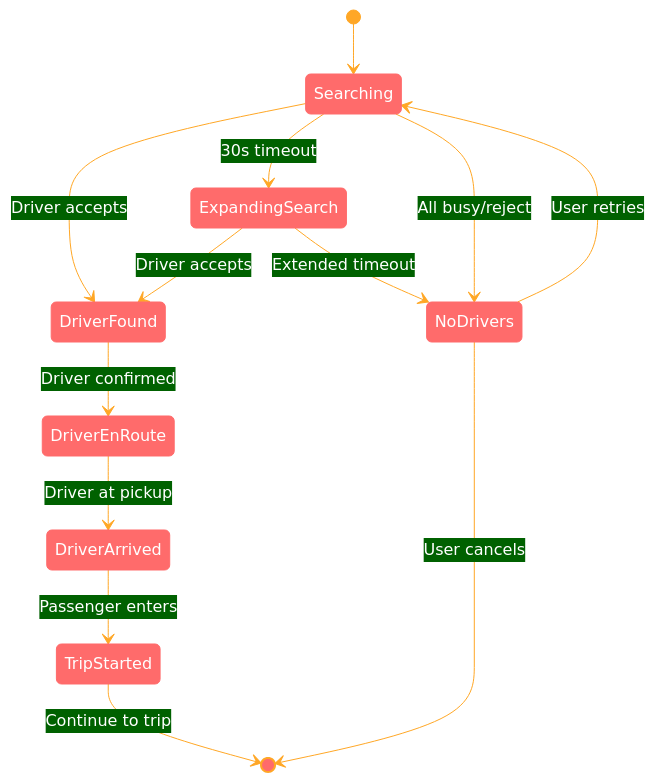
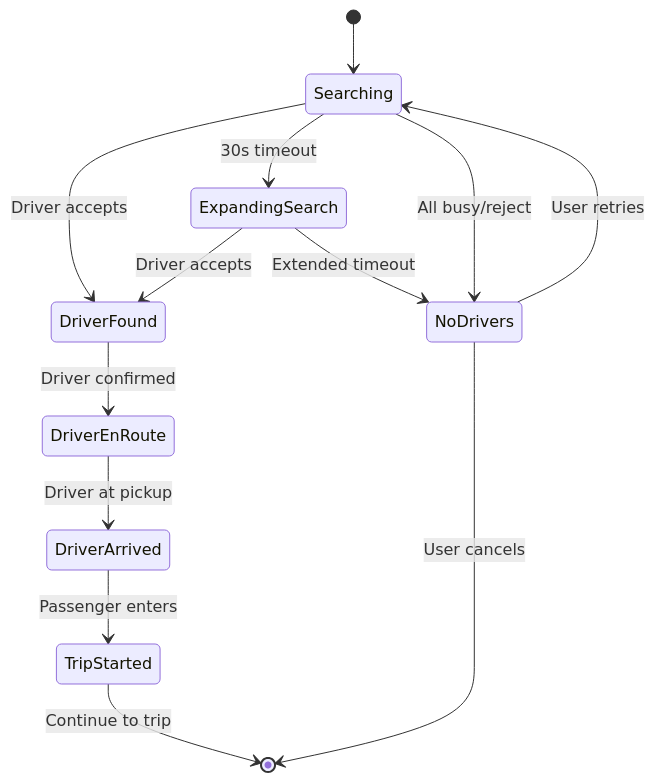
Before and after one commit to abdoElHodaky/transportapp: the eighth of 19 diagrams in docs/user-journeys/passenger-flow.md, drawn with Mermaid. The commit also changed other lines of this file and 9 other files, not shown here.

````diff
--- a/docs/user-journeys/passenger-flow.md
+++ b/docs/user-journeys/passenger-flow.md
@@ -279,20 +488,45 @@
 ```mermaid
-%%{init: {'theme':'base', 'themeVariables': {'primaryColor':'#ff6b6b','primaryTextColor':'#fff','primaryBorderColor':'#ff6b6b','lineColor':'#ffa726','sectionBkgColor':'#ff6b6b','altSectionBkgColor':'#fff','gridColor':'#fff','secondaryColor':'#006100','tertiaryColor':'#fff'}}}%%
 stateDiagram-v2
     [*] --> Searching
     Searching --> DriverFound : Driver accepts
     Searching --> ExpandingSearch : 30s timeout
     Searching --> NoDrivers : All busy/reject
     
     DriverFound --> DriverEnRoute : Driver confirmed
     DriverEnRoute --> DriverArrived : Driver at pickup
     DriverArrived --> TripStarted : Passenger enters
     
     ExpandingSearch --> DriverFound : Driver accepts
     ExpandingSearch --> NoDrivers : Extended timeout
     
     NoDrivers --> Searching : User retries
     NoDrivers --> [*] : User cancels
     
     TripStarted --> [*] : Continue to trip
+
+    %% --- DARK GRADIENT & GLOW STYLING ---
+    
+    %% Main Dashboard (Neon Cyan/Blue)
+    classDef main fill:#0d1117,stroke:#58a6ff,stroke-width:4px,color:#58a6ff,font-weight:bold;
+    
+    %% Decision Diamond (Gold Glow)
+    classDef decision fill:#161b22,stroke:#d29922,color:#d29922,stroke-dasharray: 5 5;
+    
+    %% Revenue (Emerald Gradient Style)
+    classDef revNode fill:#04190b,stroke:#3fb950,color:#aff5b4,stroke-width:2px;
+    
+    %% Commission (Purple Gradient Style)
+    classDef commNode fill:#12101e,stroke:#bc8cff,color:#e2c5ff,stroke-width:2px;
+    
+    %% Refund (Ruby Gradient Style)
+    classDef refNode fill:#1a0b0b,stroke:#ff7b72,color:#ffa198,stroke-width:2px;
+    
+    %% Earnings (Sapphire Gradient Style)
+    classDef earnNode fill:#051221,stroke:#388bfd,color:#a5d6ff,stroke-width:2px;
+
+    class D main;
+    class E decision;
+    class N revNode;
+    class S commNode;
+    class T refNode;
 ```
````
